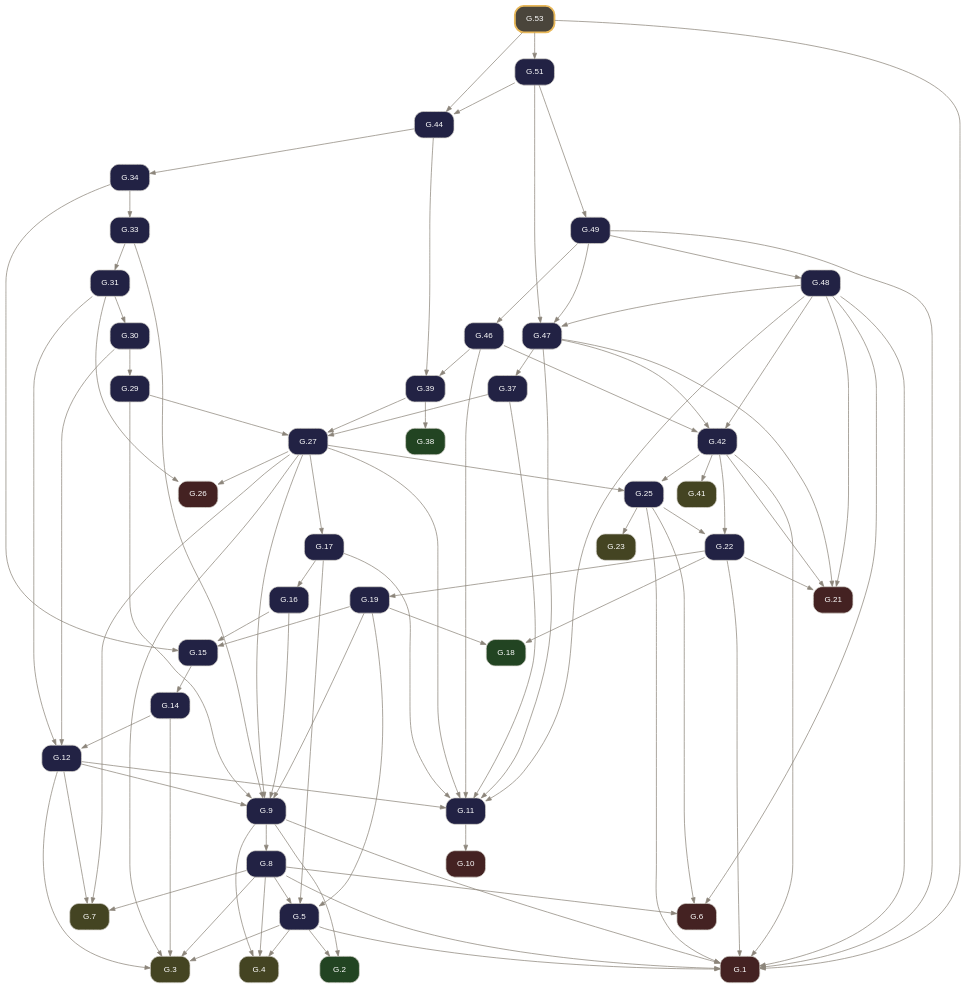
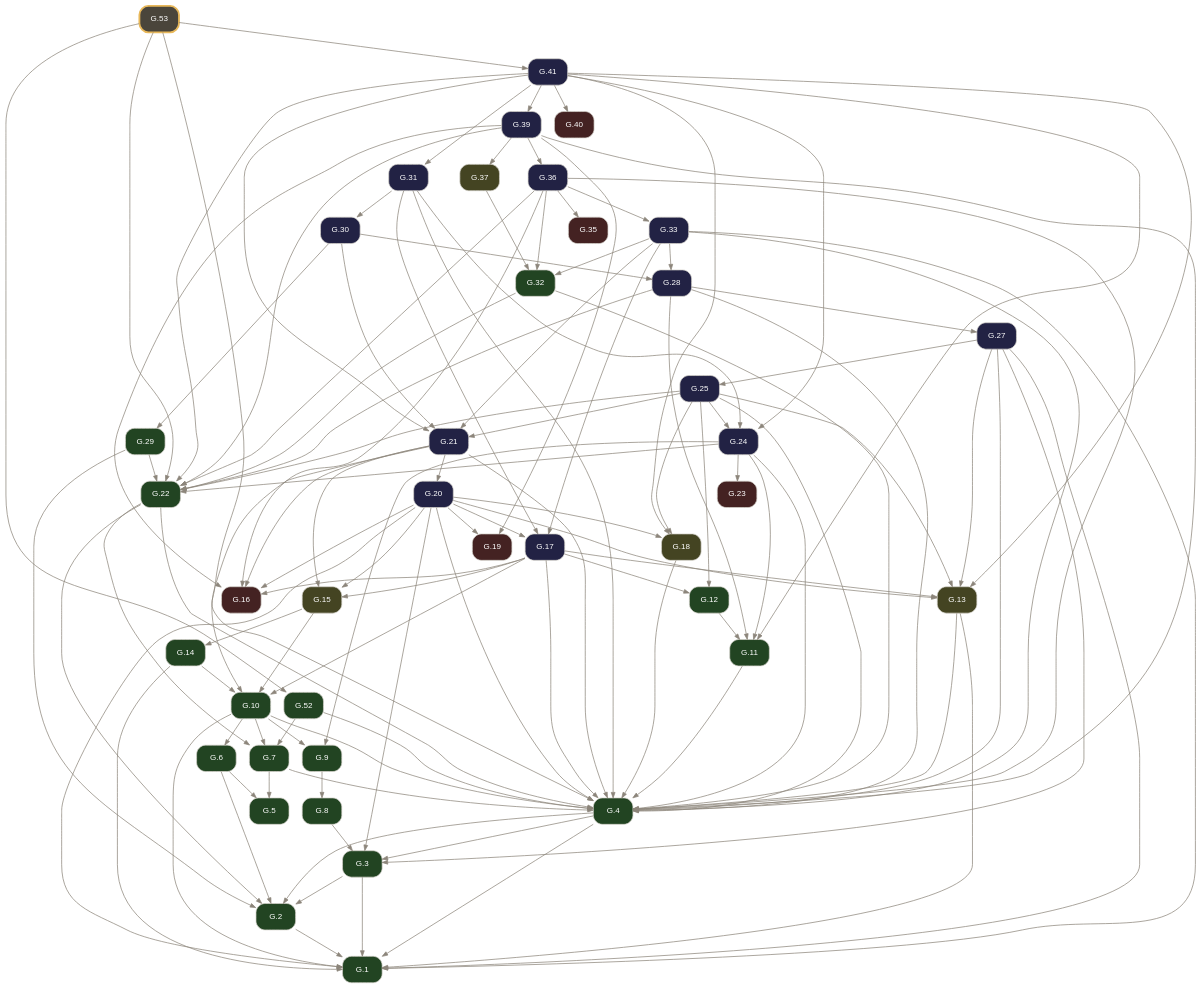
The diagram in docsrc/elements2/G.53/index.rst (geometor/elements), drawn with Graphviz before and after one commit. The commit also changed other lines of this file and 2974 other files, not shown here.

Commit message:
feat(elements2): wire defined terms, short verb titles, coincidence operator, and 2-point circle notation (v0.4.0)

```diff
--- a/docsrc/elements2/G.53/index.rst
+++ b/docsrc/elements2/G.53/index.rst
@@ -87,136 +79,159 @@
      node [shape=box, style="rounded,filled", fontname="Helvetica", fontsize=11, color="#d6d3cd", fontcolor="#ffffff"];
      edge [color="#8c857b", fontcolor="#8c857b", arrowsize=0.75];
      rankdir="TB";
-     "G.1" [label="G.1", tooltip="G.1 (I.cn.1): Things equal to the same thing are equal to one another.", fillcolor="#442222", URL="../G.1/index.html", target="_top"];
-     "G.2" [label="G.2", tooltip="G.2 (I.def.15): A circle is a plane figure contained by one line such that all segments falling upon it from its center are equal.", fillcolor="#224422", URL="../G.2/index.html", target="_top"];
-     "G.3" [label="G.3", tooltip="G.3 (I.post.1): Construct a segment between any two points.", fillcolor="#444422", URL="../G.3/index.html", target="_top"];
-     "G.4" [label="G.4", tooltip="G.4 (I.post.3): Construct a circle with any center and radius.", fillcolor="#444422", URL="../G.4/index.html", target="_top"];
-     "G.5" [label="G.5", tooltip="G.5 (I.1): Construct an equilateral triangle on a given finite segment.", fillcolor="#222244", URL="../G.5/index.html", target="_top"];
-     "G.6" [label="G.6", tooltip="G.6 (I.cn.3): If equals are subtracted from equals, the remainders are equal.", fillcolor="#442222", URL="../G.6/index.html", target="_top"];
-     "G.7" [label="G.7", tooltip="G.7 (I.post.2): Extend a finite segment continuously in a straight line.", fillcolor="#444422", URL="../G.7/index.html", target="_top"];
-     "G.8" [label="G.8", tooltip="G.8 (I.2): Construct at a given point a segment equal to a given segment.", fillcolor="#222244", URL="../G.8/index.html", target="_top"];
-     "G.9" [label="G.9", tooltip="G.9 (I.3): Cut off from the greater of two unequal segments a segment equal to the less.", fillcolor="#222244", URL="../G.9/index.html", target="_top"];
-     "G.10" [label="G.10", tooltip="G.10 (I.cn.4): Things that coincide with one another are equal.", fillcolor="#442222", URL="../G.10/index.html", target="_top"];
-     "G.11" [label="G.11", tooltip="G.11 (I.4): Triangles with two sides and the included angle equal are congruent (SAS).", fillcolor="#222244", URL="../G.11/index.html", target="_top"];
-     "G.12" [label="G.12", tooltip="G.12 (I.5): In an isosceles triangle, the angles at the base are equal, and if the equal sides are extended, the angles under the base are equal.", fillcolor="#222244", URL="../G.12/index.html", target="_top"];
-     "G.14" [label="G.14", tooltip="G.14 (I.7): On the same segment and on the same side, there cannot be constructed two distinct triangles with both pairs of conterminous sides equal.", fillcolor="#222244", URL="../G.14/index.html", target="_top"];
-     "G.15" [label="G.15", tooltip="G.15 (I.8): Triangles with all three corresponding sides equal have their corresponding angles equal (SSS).", fillcolor="#222244", URL="../G.15/index.html", target="_top"];
-     "G.16" [label="G.16", tooltip="G.16 (I.9): Bisect a given angle.", fillcolor="#222244", URL="../G.16/index.html", target="_top"];
-     "G.17" [label="G.17", tooltip="G.17 (I.10): Bisect a given finite segment.", fillcolor="#222244", URL="../G.17/index.html", target="_top"];
-     "G.18" [label="G.18", tooltip="G.18 (I.def.10): When a straight line standing on a straight line makes the adjacent angles equal, each of the equal angles is a right angle, and the standing line is perpendicular to that on which...", fillcolor="#224422", URL="../G.18/index.html", target="_top"];
-     "G.19" [label="G.19", tooltip="G.19 (I.11): Construct a line at right angles to a given line from a given point on it.", fillcolor="#222244", URL="../G.19/index.html", target="_top"];
-     "G.21" [label="G.21", tooltip="G.21 (I.cn.2): If equals are added to equals, the wholes are equal.", fillcolor="#442222", URL="../G.21/index.html", target="_top"];
-     "G.22" [label="G.22", tooltip="G.22 (I.13): A ray standing on a line makes either two right angles or adjacent angles summing to two right angles.", fillcolor="#222244", URL="../G.22/index.html", target="_top"];
-     "G.23" [label="G.23", tooltip="G.23 (I.post.4): All right angles are equal.", fillcolor="#444422", URL="../G.23/index.html", target="_top"];
-     "G.25" [label="G.25", tooltip="G.25 (I.15): Intersecting lines make their vertical angles equal.", fillcolor="#222244", URL="../G.25/index.html", target="_top"];
-     "G.26" [label="G.26", tooltip="G.26 (I.cn.5): The whole is greater than the part.", fillcolor="#442222", URL="../G.26/index.html", target="_top"];
-     "G.27" [label="G.27", tooltip="G.27 (I.16): In any triangle, if one side is extended, the exterior angle is greater than either opposite interior angle.", fillcolor="#222244", URL="../G.27/index.html", target="_top"];
-     "G.29" [label="G.29", tooltip="G.29 (I.18): In any triangle, the greater side subtends the greater angle.", fillcolor="#222244", URL="../G.29/index.html", target="_top"];
-     "G.30" [label="G.30", tooltip="G.30 (I.19): In any triangle, the greater angle is subtended by the greater side.", fillcolor="#222244", URL="../G.30/index.html", target="_top"];
-     "G.31" [label="G.31", tooltip="G.31 (I.20): In any triangle, the sum of any two sides is greater than the remaining side.", fillcolor="#222244", URL="../G.31/index.html", target="_top"];
-     "G.33" [label="G.33", tooltip="G.33 (I.22): Construct a triangle from three segments equal to three given segments satisfying the triangle inequality.", fillcolor="#222244", URL="../G.33/index.html", target="_top"];
-     "G.34" [label="G.34", tooltip="G.34 (I.23): Construct on a given line at a given point an angle equal to a given angle.", fillcolor="#222244", URL="../G.34/index.html", target="_top"];
-     "G.37" [label="G.37", tooltip="G.37 (I.26): Triangles with two angles and one corresponding side equal are congruent (ASA / AAS).", fillcolor="#222244", URL="../G.37/index.html", target="_top"];
-     "G.38" [label="G.38", tooltip="G.38 (I.def.23): Parallel lines are straight lines in the same plane which, produced indefinitely in both directions, do not meet.", fillcolor="#224422", URL="../G.38/index.html", target="_top"];
-     "G.39" [label="G.39", tooltip="G.39 (I.27): If a transversal cutting two lines makes the alternate interior angles equal, the lines are parallel.", fillcolor="#222244", URL="../G.39/index.html", target="_top"];
-     "G.41" [label="G.41", tooltip="G.41 (I.post.5): Two lines intersected by a transversal with interior angles on one side summing to less than two right angles meet on that side.", fillcolor="#444422", URL="../G.41/index.html", target="_top"];
-     "G.42" [label="G.42", tooltip="G.42 (I.29): A transversal cutting parallel lines makes alternate interior angles equal, exterior and opposite interior angles equal, and same-side interior angles supplementary.", fillcolor="#222244", URL="../G.42/index.html", target="_top"];
-     "G.44" [label="G.44", tooltip="G.44 (I.31): Construct through a given point a line parallel to a given line.", fillcolor="#222244", URL="../G.44/index.html", target="_top"];
-     "G.46" [label="G.46", tooltip="G.46 (I.33): Segments joining the endpoints of equal and parallel segments in the same directions are themselves equal and parallel.", fillcolor="#222244", URL="../G.46/index.html", target="_top"];
-     "G.47" [label="G.47", tooltip="G.47 (I.34): In a parallelogram, opposite sides and opposite angles are equal, and the diagonal bisects the area.", fillcolor="#222244", URL="../G.47/index.html", target="_top"];
-     "G.48" [label="G.48", tooltip="G.48 (I.35): Parallelograms on the same base and in the same parallels are equal in area.", fillcolor="#222244", URL="../G.48/index.html", target="_top"];
-     "G.49" [label="G.49", tooltip="G.49 (I.36): Parallelograms on equal bases and in the same parallels are equal in area.", fillcolor="#222244", URL="../G.49/index.html", target="_top"];
-     "G.51" [label="G.51", tooltip="G.51 (I.38): Triangles on equal bases and in the same parallels are equal in area.", fillcolor="#222244", URL="../G.51/index.html", target="_top"];
-     "G.53" [label="G.53", tooltip="G.53 (I.40): Equal triangles on equal bases and on the same side lie in the same parallels.", penwidth=2.5, color="#e8b85a", fillcolor="#4a453b", URL="index.html", target="_top"];
-     "G.5" -> "G.1";
-     "G.8" -> "G.1";
-     "G.9" -> "G.1";
-     "G.22" -> "G.1";
-     "G.25" -> "G.1";
-     "G.42" -> "G.1";
-     "G.48" -> "G.1";
-     "G.49" -> "G.1";
-     "G.53" -> "G.1";
-     "G.5" -> "G.2";
-     "G.9" -> "G.2";
-     "G.5" -> "G.3";
+     "G.1" [label="G.1", tooltip="G.1 (I.def.1): A point A is that which has no part.", fillcolor="#224422", URL="../G.1/index.html", target="_top"];
+     "G.2" [label="G.2", tooltip="G.2 (I.def.2): A line [ A B ] is a projection of a relationship of two points A, B.", fillcolor="#224422", URL="../G.2/index.html", target="_top"];
+     "G.3" [label="G.3", tooltip="G.3 (I.def.3): The extremities of a segment / A B / are points A, B.", fillcolor="#224422", URL="../G.3/index.html", target="_top"];
+     "G.4" [label="G.4", tooltip="G.4 (I.def.4): A segment / A B / is a portion of a line [ A B ] between two points A, B on the line.", fillcolor="#224422", URL="../G.4/index.html", target="_top"];
+     "G.5" [label="G.5", tooltip="G.5 (I.def.5): A surface is that which has length and breadth only.", fillcolor="#224422", URL="../G.5/index.html", target="_top"];
+     "G.6" [label="G.6", tooltip="G.6 (I.def.6): The extremities of a surface are lines or arcs.", fillcolor="#224422", URL="../G.6/index.html", target="_top"];
+     "G.7" [label="G.7", tooltip="G.7 (I.def.7): A plane surface lies evenly with the lines on itself.", fillcolor="#224422", URL="../G.7/index.html", target="_top"];
+     "G.8" [label="G.8", tooltip="G.8 (I.def.13): A boundary is the extremity of anything.", fillcolor="#224422", URL="../G.8/index.html", target="_top"];
+     "G.9" [label="G.9", tooltip="G.9 (I.def.14): A figure is that which is contained by any boundary or boundaries.", fillcolor="#224422", URL="../G.9/index.html", target="_top"];
+     "G.10" [label="G.10", tooltip="G.10 (I.def.15): A circle ( A B ) is a plane figure contained by one arc defined by a center A and a point B establishing its defining radius / A B /, such that all segments / A B /, / A C /, / A D...", fillcolor="#224422", URL="../G.10/index.html", target="_top"];
+     "G.11" [label="G.11", tooltip="G.11 (I.def.19): Rectilineal figures are contained by segments: trilateral by three, quadrilateral by four, and multilateral by more than four.", fillcolor="#224422", URL="../G.11/index.html", target="_top"];
+     "G.12" [label="G.12", tooltip="G.12 (I.def.20): Of trilateral figures, an equilateral triangle < A B C > has three equal sides, an isosceles triangle < D E F > has two equal sides, and a scalene triangle < G H K > has three uneq...", fillcolor="#224422", URL="../G.12/index.html", target="_top"];
+     "G.13" [label="G.13", tooltip="G.13 (I.post.1): Construct a segment / A B / between any two points A, B.", fillcolor="#444422", URL="../G.13/index.html", target="_top"];
+     "G.14" [label="G.14", tooltip="G.14 (I.def.16): The point A within the circle ( A B ) from which all segments / A B /, / A C / to the arc are equal is called the center of the circle.", fillcolor="#224422", URL="../G.14/index.html", target="_top"];
+     "G.15" [label="G.15", tooltip="G.15 (I.post.3): Construct a circle ( A B ) with center A and defining radius point B.", fillcolor="#444422", URL="../G.15/index.html", target="_top"];
+     "G.16" [label="G.16", tooltip="G.16 (I.cn.1): Things equal to the same thing are equal to one another.", fillcolor="#442222", URL="../G.16/index.html", target="_top"];
+     "G.17" [label="G.17", tooltip="G.17 (I.1): Construct an equilateral triangle on a given segment.", fillcolor="#222244", URL="../G.17/index.html", target="_top"];
+     "G.18" [label="G.18", tooltip="G.18 (I.post.2): Extend a segment / A B / continuously along a line [ A B ] to / B C /.", fillcolor="#444422", URL="../G.18/index.html", target="_top"];
+     "G.19" [label="G.19", tooltip="G.19 (I.cn.3): If equals are subtracted from equals, the remainders are equal.", fillcolor="#442222", URL="../G.19/index.html", target="_top"];
+     "G.20" [label="G.20", tooltip="G.20 (I.2): Construct at a given point a segment equal to a given segment.", fillcolor="#222244", URL="../G.20/index.html", target="_top"];
+     "G.21" [label="G.21", tooltip="G.21 (I.3): Cut off from the greater of two unequal segments a segment equal to the less.", fillcolor="#222244", URL="../G.21/index.html", target="_top"];
+     "G.22" [label="G.22", tooltip="G.22 (I.def.8): A plane angle is the inclination to one another of two lines or arcs in a plane that meet and do not lie on the same line.", fillcolor="#224422", URL="../G.22/index.html", target="_top"];
+     "G.23" [label="G.23", tooltip="G.23 (I.cn.4): Things / A B /, / D E / that coincide with one another are equal to one another.", fillcolor="#442222", URL="../G.23/index.html", target="_top"];
+     "G.24" [label="G.24", tooltip="G.24 (I.4): Triangles with two sides and the included angle equal are congruent (SAS).", fillcolor="#222244", URL="../G.24/index.html", target="_top"];
+     "G.25" [label="G.25", tooltip="G.25 (I.5): In an isosceles triangle, the angles at the base are equal, and if the equal sides are extended, the angles under the base are equal.", fillcolor="#222244", URL="../G.25/index.html", target="_top"];
+     "G.27" [label="G.27", tooltip="G.27 (I.7): On the same segment and on the same side, there cannot be constructed two distinct triangles with both pairs of conterminous sides equal.", fillcolor="#222244", URL="../G.27/index.html", target="_top"];
+     "G.28" [label="G.28", tooltip="G.28 (I.8): Triangles with all three corresponding sides equal have their corresponding angles equal (SSS).", fillcolor="#222244", URL="../G.28/index.html", target="_top"];
+     "G.29" [label="G.29", tooltip="G.29 (I.def.9): A rectilineal angle is contained by two segments or lines.", fillcolor="#224422", URL="../G.29/index.html", target="_top"];
+     "G.30" [label="G.30", tooltip="G.30 (I.9): Bisect a given angle.", fillcolor="#222244", URL="../G.30/index.html", target="_top"];
+     "G.31" [label="G.31", tooltip="G.31 (I.10): Bisect a given segment.", fillcolor="#222244", URL="../G.31/index.html", target="_top"];
+     "G.32" [label="G.32", tooltip="G.32 (I.def.10): When a segment standing on a line makes the adjacent angles equal, each of the equal angles is a right angle, and the standing segment is perpendicular to the line.", fillcolor="#224422", URL="../G.32/index.html", target="_top"];
+     "G.33" [label="G.33", tooltip="G.33 (I.11): Construct a segment at right angles to a given line from a given point on it.", fillcolor="#222244", URL="../G.33/index.html", target="_top"];
+     "G.35" [label="G.35", tooltip="G.35 (I.cn.2): If equals are added to equals, the wholes are equal.", fillcolor="#442222", URL="../G.35/index.html", target="_top"];
+     "G.36" [label="G.36", tooltip="G.36 (I.13): A segment standing on a line makes either two right angles or adjacent angles summing to two right angles.", fillcolor="#222244", URL="../G.36/index.html", target="_top"];
+     "G.37" [label="G.37", tooltip="G.37 (I.post.4): All right angles are equal.", fillcolor="#444422", URL="../G.37/index.html", target="_top"];
+     "G.39" [label="G.39", tooltip="G.39 (I.15): Intersecting lines make their vertical angles equal.", fillcolor="#222244", URL="../G.39/index.html", target="_top"];
+     "G.40" [label="G.40", tooltip="G.40 (I.cn.5): The whole is greater than the part.", fillcolor="#442222", URL="../G.40/index.html", target="_top"];
+     "G.41" [label="G.41", tooltip="G.41 (I.16): In any triangle, if one side is extended, the exterior angle is greater than either opposite interior angle.", fillcolor="#222244", URL="../G.41/index.html", target="_top"];
+     "G.52" [label="G.52", tooltip="G.52 (I.def.23): Parallel lines are lines in the same plane which, extended indefinitely in both directions, do not meet.", fillcolor="#224422", URL="../G.52/index.html", target="_top"];
+     "G.53" [label="G.53", tooltip="G.53 (I.27): If a transversal cutting two lines makes the alternate interior angles equal, the lines are parallel.", penwidth=2.5, color="#e8b85a", fillcolor="#4a453b", URL="index.html", target="_top"];
+     "G.2" -> "G.1";
+     "G.3" -> "G.1";
+     "G.4" -> "G.1";
+     "G.10" -> "G.1";
+     "G.13" -> "G.1";
+     "G.14" -> "G.1";
+     "G.20" -> "G.1";
+     "G.27" -> "G.1";
+     "G.33" -> "G.1";
+     "G.3" -> "G.2";
+     "G.4" -> "G.2";
+     "G.6" -> "G.2";
+     "G.22" -> "G.2";
+     "G.29" -> "G.2";
+     "G.4" -> "G.3";
      "G.8" -> "G.3";
-     "G.12" -> "G.3";
-     "G.14" -> "G.3";
+     "G.20" -> "G.3";
      "G.27" -> "G.3";
-     "G.5" -> "G.4";
-     "G.8" -> "G.4";
-     "G.9" -> "G.4";
-     "G.8" -> "G.5";
-     "G.17" -> "G.5";
-     "G.19" -> "G.5";
-     "G.8" -> "G.6";
-     "G.25" -> "G.6";
-     "G.48" -> "G.6";
-     "G.8" -> "G.7";
-     "G.12" -> "G.7";
-     "G.27" -> "G.7";
+     "G.7" -> "G.4";
+     "G.10" -> "G.4";
+     "G.11" -> "G.4";
+     "G.13" -> "G.4";
+     "G.17" -> "G.4";
+     "G.18" -> "G.4";
+     "G.20" -> "G.4";
+     "G.21" -> "G.4";
+     "G.22" -> "G.4";
+     "G.24" -> "G.4";
+     "G.25" -> "G.4";
+     "G.27" -> "G.4";
+     "G.28" -> "G.4";
+     "G.31" -> "G.4";
+     "G.32" -> "G.4";
+     "G.33" -> "G.4";
+     "G.36" -> "G.4";
+     "G.39" -> "G.4";
+     "G.52" -> "G.4";
+     "G.53" -> "G.4";
+     "G.6" -> "G.5";
+     "G.7" -> "G.5";
+     "G.10" -> "G.6";
+     "G.10" -> "G.7";
+     "G.22" -> "G.7";
+     "G.52" -> "G.7";
      "G.9" -> "G.8";
-     "G.12" -> "G.9";
-     "G.16" -> "G.9";
-     "G.19" -> "G.9";
-     "G.27" -> "G.9";
-     "G.29" -> "G.9";
-     "G.33" -> "G.9";
-     "G.11" -> "G.10";
+     "G.10" -> "G.9";
+     "G.24" -> "G.9";
+     "G.14" -> "G.10";
+     "G.15" -> "G.10";
+     "G.17" -> "G.10";
+     "G.21" -> "G.10";
      "G.12" -> "G.11";
-     "G.17" -> "G.11";
-     "G.27" -> "G.11";
-     "G.37" -> "G.11";
-     "G.46" -> "G.11";
-     "G.47" -> "G.11";
-     "G.48" -> "G.11";
-     "G.14" -> "G.12";
-     "G.30" -> "G.12";
-     "G.31" -> "G.12";
+     "G.24" -> "G.11";
+     "G.28" -> "G.11";
+     "G.41" -> "G.11";
+     "G.17" -> "G.12";
+     "G.25" -> "G.12";
+     "G.17" -> "G.13";
+     "G.20" -> "G.13";
+     "G.25" -> "G.13";
+     "G.27" -> "G.13";
+     "G.41" -> "G.13";
      "G.15" -> "G.14";
-     "G.16" -> "G.15";
-     "G.19" -> "G.15";
-     "G.34" -> "G.15";
+     "G.17" -> "G.15";
+     "G.20" -> "G.15";
+     "G.21" -> "G.15";
      "G.17" -> "G.16";
-     "G.27" -> "G.17";
-     "G.19" -> "G.18";
-     "G.22" -> "G.18";
-     "G.22" -> "G.19";
-     "G.22" -> "G.21";
-     "G.42" -> "G.21";
-     "G.47" -> "G.21";
-     "G.48" -> "G.21";
+     "G.20" -> "G.16";
+     "G.21" -> "G.16";
+     "G.36" -> "G.16";
+     "G.39" -> "G.16";
+     "G.20" -> "G.17";
+     "G.31" -> "G.17";
+     "G.33" -> "G.17";
+     "G.20" -> "G.18";
+     "G.25" -> "G.18";
+     "G.41" -> "G.18";
+     "G.20" -> "G.19";
+     "G.39" -> "G.19";
+     "G.21" -> "G.20";
+     "G.25" -> "G.21";
+     "G.30" -> "G.21";
+     "G.33" -> "G.21";
+     "G.41" -> "G.21";
+     "G.24" -> "G.22";
      "G.25" -> "G.22";
-     "G.42" -> "G.22";
-     "G.25" -> "G.23";
+     "G.28" -> "G.22";
+     "G.29" -> "G.22";
+     "G.32" -> "G.22";
+     "G.36" -> "G.22";
+     "G.39" -> "G.22";
+     "G.41" -> "G.22";
+     "G.53" -> "G.22";
+     "G.24" -> "G.23";
+     "G.25" -> "G.24";
+     "G.31" -> "G.24";
+     "G.41" -> "G.24";
      "G.27" -> "G.25";
-     "G.42" -> "G.25";
-     "G.27" -> "G.26";
-     "G.31" -> "G.26";
-     "G.29" -> "G.27";
-     "G.37" -> "G.27";
-     "G.39" -> "G.27";
+     "G.28" -> "G.27";
+     "G.30" -> "G.28";
+     "G.33" -> "G.28";
      "G.30" -> "G.29";
      "G.31" -> "G.30";
-     "G.33" -> "G.31";
-     "G.34" -> "G.33";
-     "G.44" -> "G.34";
-     "G.47" -> "G.37";
-     "G.39" -> "G.38";
-     "G.44" -> "G.39";
-     "G.46" -> "G.39";
-     "G.42" -> "G.41";
-     "G.46" -> "G.42";
-     "G.47" -> "G.42";
-     "G.48" -> "G.42";
-     "G.51" -> "G.44";
-     "G.53" -> "G.44";
-     "G.49" -> "G.46";
-     "G.48" -> "G.47";
-     "G.49" -> "G.47";
-     "G.51" -> "G.47";
-     "G.49" -> "G.48";
-     "G.51" -> "G.49";
-     "G.53" -> "G.51";
+     "G.41" -> "G.31";
+     "G.33" -> "G.32";
+     "G.36" -> "G.32";
+     "G.37" -> "G.32";
+     "G.36" -> "G.33";
+     "G.36" -> "G.35";
+     "G.39" -> "G.36";
+     "G.39" -> "G.37";
+     "G.41" -> "G.39";
+     "G.41" -> "G.40";
+     "G.53" -> "G.41";
+     "G.53" -> "G.52";
    }
```
